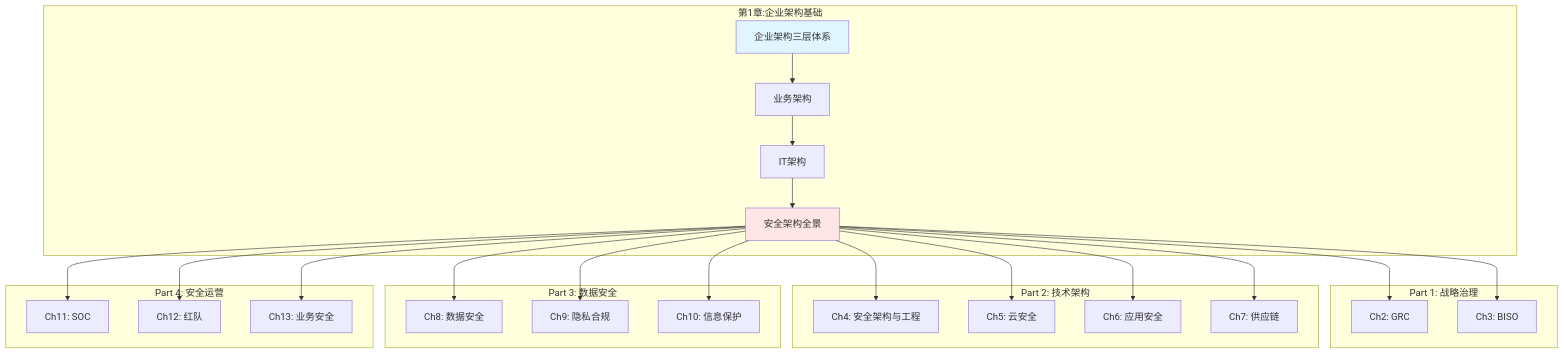
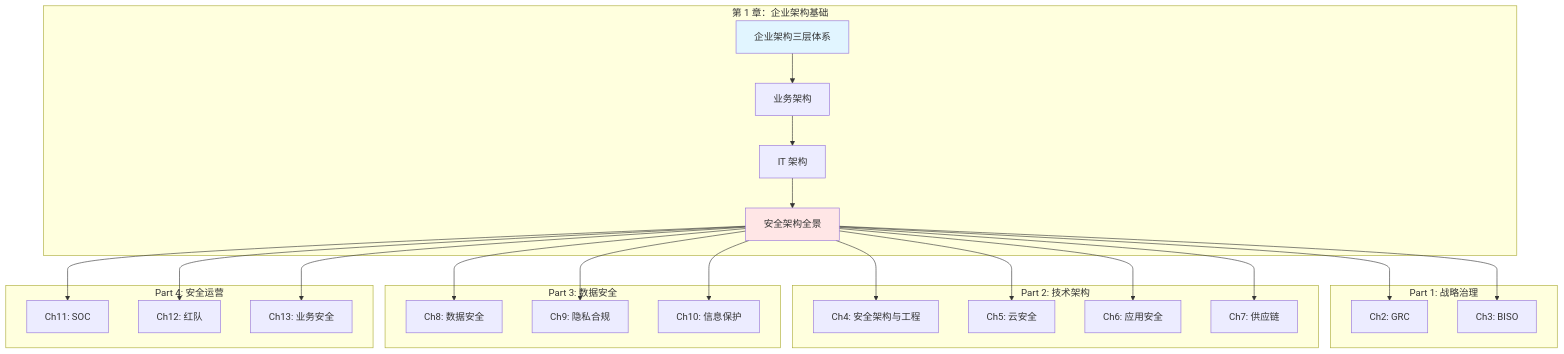
One commit to cybermaxluo/AI-ESA changed the diagram in chapters/part_01_foundation_strategic_governance/chapter_01_enterprise_architecture_foundation/README.md. Above: the diagram before and after it, drawn with Mermaid. The commit also changed other lines of this file and 72 other files, not shown here.

````diff
--- a/chapters/part_01_foundation_strategic_governance/chapter_01_enterprise_architecture_foundation/README.md
+++ b/chapters/part_01_foundation_strategic_governance/chapter_01_enterprise_architecture_foundation/README.md
@@ -145,53 +133,53 @@
 ```mermaid
 graph TB
-    subgraph "第1章:企业架构基础"
+    subgraph "第 1 章：企业架构基础"
     A[企业架构三层体系]
     B[业务架构]
-    C[IT架构]
+    C[IT 架构]
     D[安全架构全景]
     end
 
     A --> B
     B --> C
     C --> D
 
     subgraph "Part 1: 战略治理"
     E[Ch2: GRC]
     F[Ch3: BISO]
     end
 
     subgraph "Part 2: 技术架构"
     G[Ch4: 安全架构与工程]
     H[Ch5: 云安全]
     I[Ch6: 应用安全]
     J[Ch7: 供应链]
     end
 
     subgraph "Part 3: 数据安全"
     K[Ch8: 数据安全]
     L[Ch9: 隐私合规]
     M[Ch10: 信息保护]
     end
 
     subgraph "Part 4: 安全运营"
     N[Ch11: SOC]
     O[Ch12: 红队]
     P[Ch13: 业务安全]
     end
 
     D --> E
     D --> F
     D --> G
     D --> H
     D --> I
     D --> J
     D --> K
     D --> L
     D --> M
     D --> N
     D --> O
     D --> P
 
     style A fill:#e1f5ff
     style D fill:#ffe6e6
 ```
````
